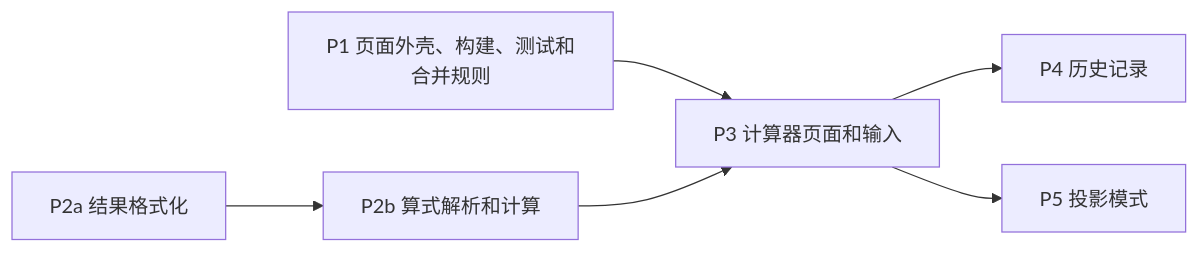
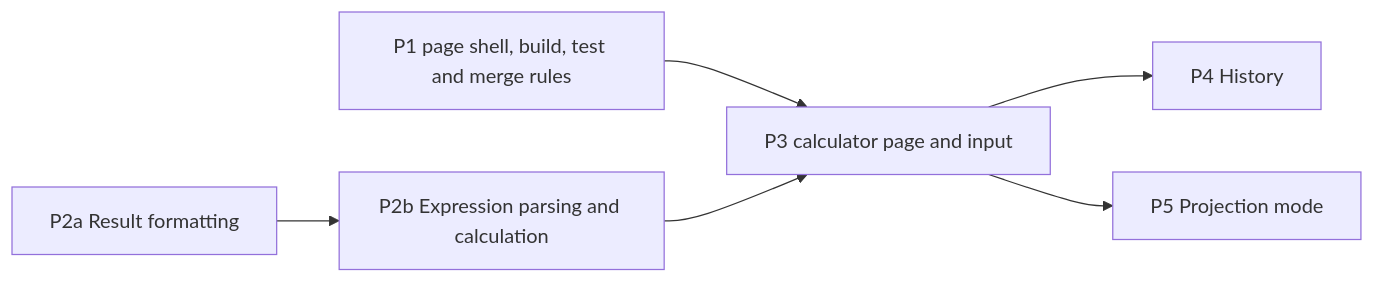
The diagram in server/test/fixtures/vault/Project Magi Eval/Features/r-20261009-i6vxt1/Research.md (txehq/wf-dashboard), drawn with Mermaid before and after one commit. The commit also changed other lines of this file and 1498 other files, not shown here.

````diff
--- a/server/test/fixtures/vault/Project Magi Eval/Features/r-20261009-i6vxt1/Research.md
+++ b/server/test/fixtures/vault/Project Magi Eval/Features/r-20261009-i6vxt1/Research.md
@@ -239,8 +239,8 @@
 ```mermaid
 flowchart LR
-  P1["P1 页面外壳、构建、测试和合并规则"] --> P3["P3 计算器页面和输入"]
-  P2a["P2a 结果格式化"] --> P2b["P2b 算式解析和计算"]
+  P1["P1 page shell, build, test and merge rules"] --> P3["P3 calculator page and input"]
+  P2a["P2a Result formatting"] --> P2b["P2b Expression parsing and calculation"]
   P2b --> P3
-  P3 --> P4["P4 历史记录"]
-  P3 --> P5["P5 投影模式"]
+  P3 --> P4["P4 History"]
+  P3 --> P5["P5 Projection mode"]
 ```
````
